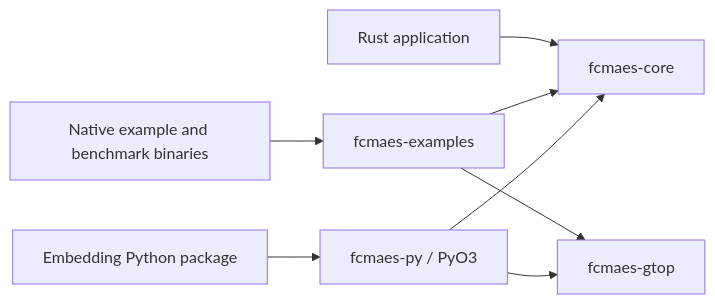
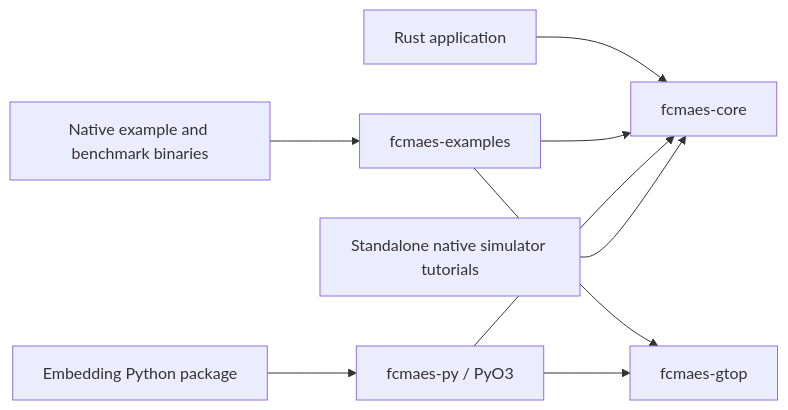
Before and after one commit to dietmarwo/fcmaes-rust: the diagram in docs/architecture.md, drawn with Mermaid. The commit also changed other lines of this file and 57 other files, not shown here.

````diff
--- a/docs/architecture.md
+++ b/docs/architecture.md
@@ -10,10 +10,11 @@
 ```mermaid
 flowchart LR
     R[Rust application] --> C[fcmaes-core]
     E[Native example and benchmark binaries] --> X[fcmaes-examples]
     X --> C
     X --> G[fcmaes-gtop]
     P[Embedding Python package] --> B[fcmaes-py / PyO3]
     B --> C
     B --> G
+    T[Standalone native simulator tutorials] --> C
 ```
````
